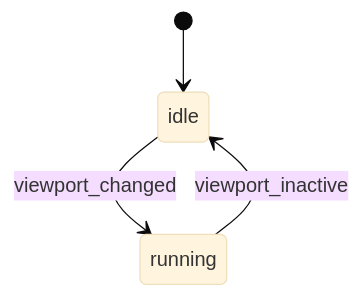
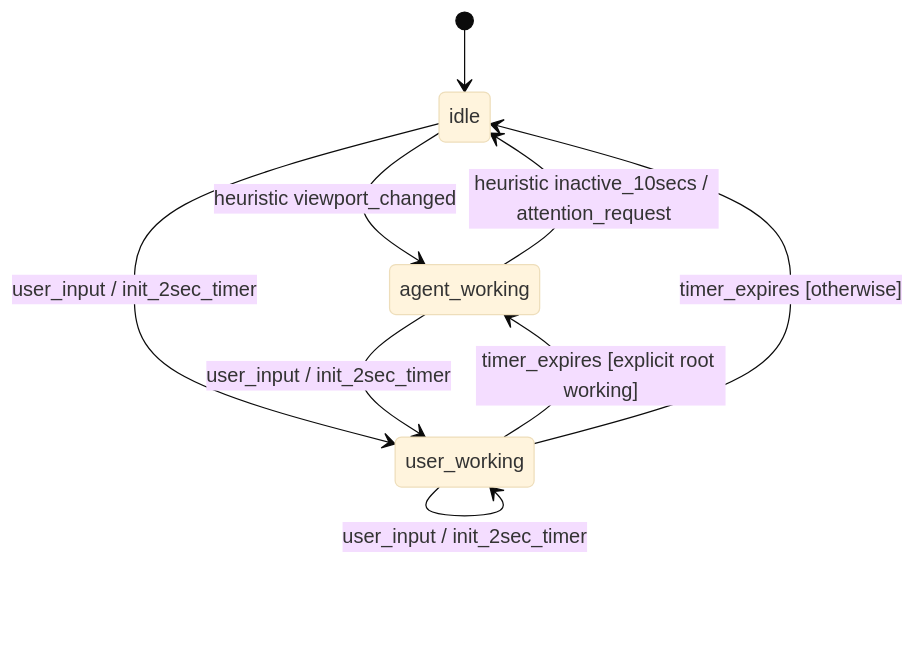
One commit to jackgeek/climon2 changed the first of 2 diagrams in docs/session-status.md. Above: the diagram before and after it, drawn with Mermaid (base theme). The commit also changed other lines of this file and 9 other files, not shown here.

````diff
--- a/docs/session-status.md
+++ b/docs/session-status.md
@@ -39,6 +57,11 @@
 ```mermaid
 stateDiagram-v2
     [*] --> idle
-    idle --> running: viewport_changed
-    running --> idle: viewport_inactive
+    idle --> agent_working: heuristic viewport_changed
+    agent_working --> idle: heuristic inactive_10secs / attention_request
+    idle --> user_working: user_input / init_2sec_timer
+    agent_working --> user_working: user_input / init_2sec_timer
+    user_working --> user_working: user_input / init_2sec_timer
+    user_working --> agent_working: timer_expires [explicit root working]
+    user_working --> idle: timer_expires [otherwise]
 ```
````
